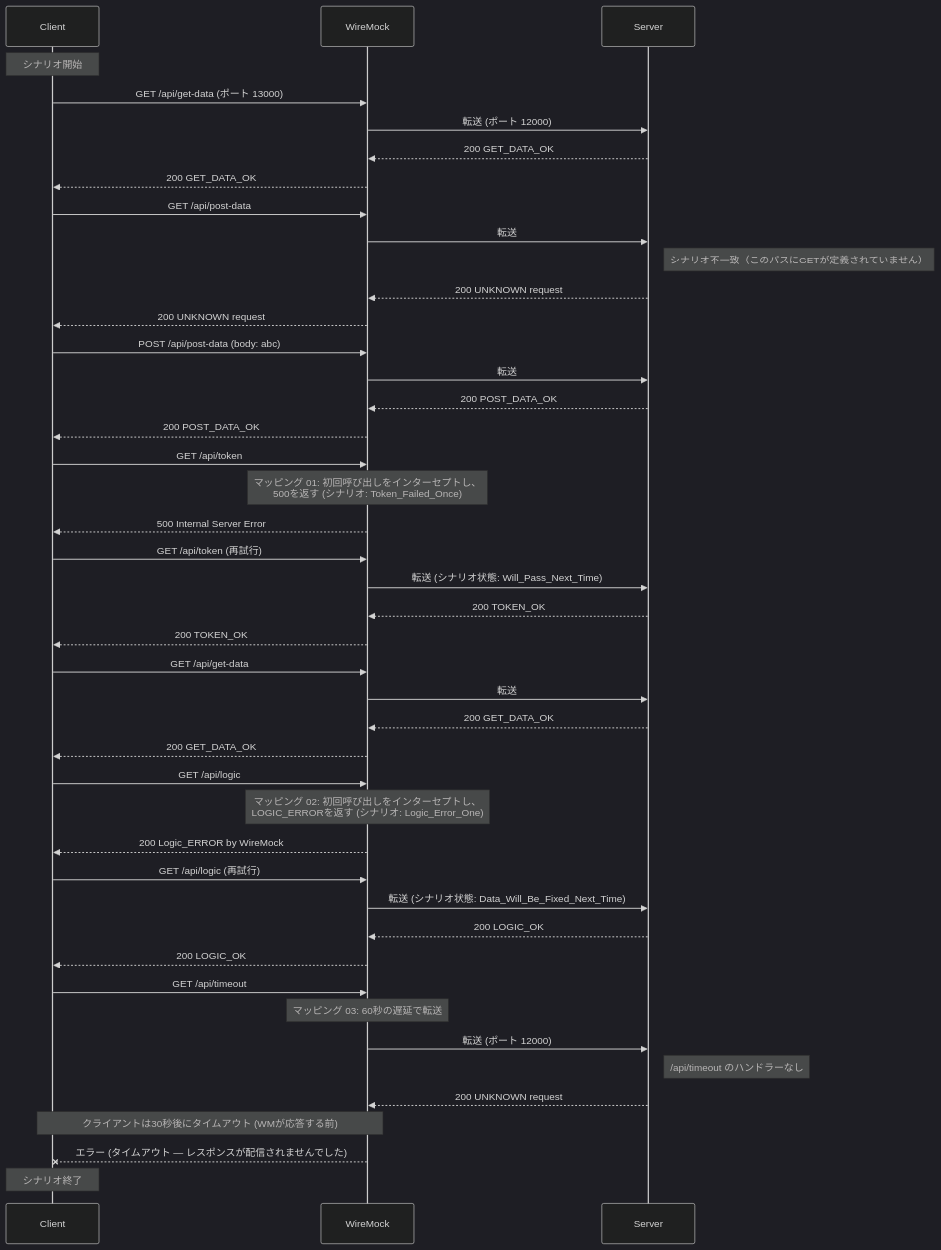
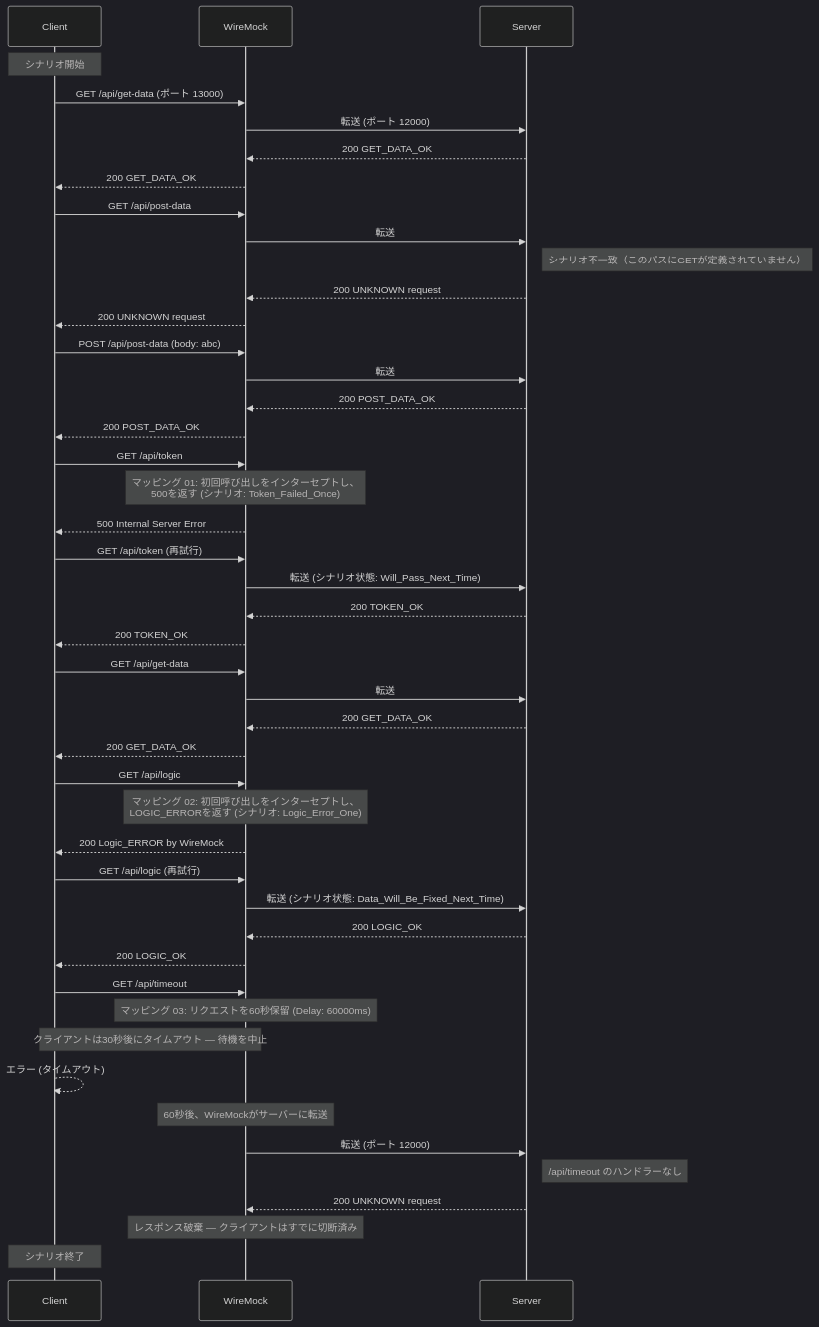
One commit to umbalaconmeogia/usage-toxi-proxy changed the second of 2 diagrams in tests/03_WireMockWithControl/README.ja.md. Above: the diagram before and after it, drawn with Mermaid (dark theme). The commit also changed 29 other files, not shown here.

````diff
--- a/tests/03_WireMockWithControl/README.ja.md
+++ b/tests/03_WireMockWithControl/README.ja.md
@@ -47,57 +47,59 @@
 ```mermaid
 sequenceDiagram
     participant Client
     participant WM as WireMock
     participant Server
 
     Note over Client: シナリオ開始
 
     Client->>WM: GET /api/get-data (ポート 13000)
     WM->>Server: 転送 (ポート 12000)
     Server-->>WM: 200 GET_DATA_OK
     WM-->>Client: 200 GET_DATA_OK
 
     Client->>WM: GET /api/post-data
     WM->>Server: 転送
     Note right of Server: シナリオ不一致（このパスにGETが定義されていません）
     Server-->>WM: 200 UNKNOWN request
     WM-->>Client: 200 UNKNOWN request
 
     Client->>WM: POST /api/post-data (body: abc)
     WM->>Server: 転送
     Server-->>WM: 200 POST_DATA_OK
     WM-->>Client: 200 POST_DATA_OK
 
     Client->>WM: GET /api/token
     Note over WM: マッピング 01: 初回呼び出しをインターセプトし、<br/>500を返す (シナリオ: Token_Failed_Once)
     WM-->>Client: 500 Internal Server Error
 
     Client->>WM: GET /api/token (再試行)
     WM->>Server: 転送 (シナリオ状態: Will_Pass_Next_Time)
     Server-->>WM: 200 TOKEN_OK
     WM-->>Client: 200 TOKEN_OK
 
     Client->>WM: GET /api/get-data
     WM->>Server: 転送
     Server-->>WM: 200 GET_DATA_OK
     WM-->>Client: 200 GET_DATA_OK
 
     Client->>WM: GET /api/logic
     Note over WM: マッピング 02: 初回呼び出しをインターセプトし、<br/>LOGIC_ERRORを返す (シナリオ: Logic_Error_One)
     WM-->>Client: 200 Logic_ERROR by WireMock
 
     Client->>WM: GET /api/logic (再試行)
     WM->>Server: 転送 (シナリオ状態: Data_Will_Be_Fixed_Next_Time)
     Server-->>WM: 200 LOGIC_OK
     WM-->>Client: 200 LOGIC_OK
 
     Client->>WM: GET /api/timeout
-    Note over WM: マッピング 03: 60秒の遅延で転送
+    Note over WM: マッピング 03: リクエストを60秒保留 (Delay: 60000ms)
+    Note over Client,WM: クライアントは30秒後にタイムアウト — 待機を中止
+    Client-->>Client: エラー (タイムアウト)
+    Note over WM: 60秒後、WireMockがサーバーに転送
     WM->>Server: 転送 (ポート 12000)
     Note right of Server: /api/timeout のハンドラーなし
     Server-->>WM: 200 UNKNOWN request
-    Note over Client,WM: クライアントは30秒後にタイムアウト (WMが応答する前)
-    WM--xClient: エラー (タイムアウト — レスポンスが配信されませんでした)
+    Note over WM: レスポンス破棄 — クライアントはすでに切断済み
 
     Note over Client: シナリオ終了
 ```
````
